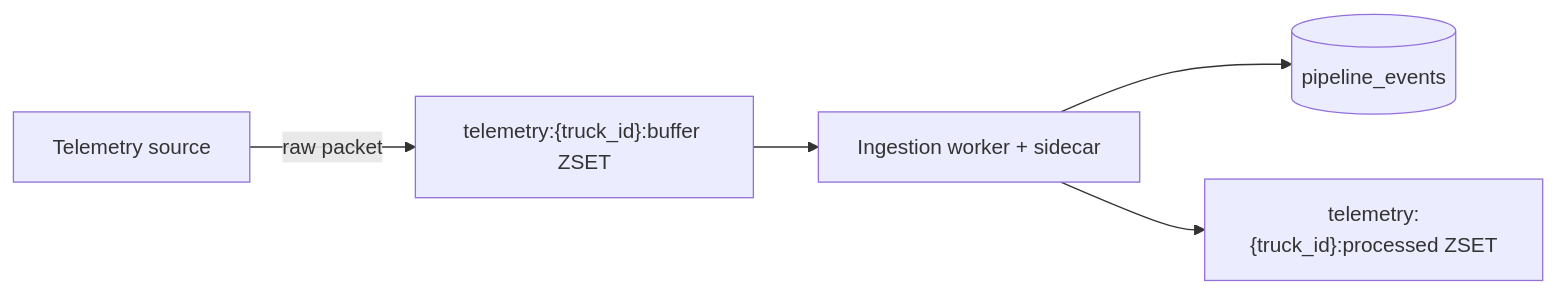
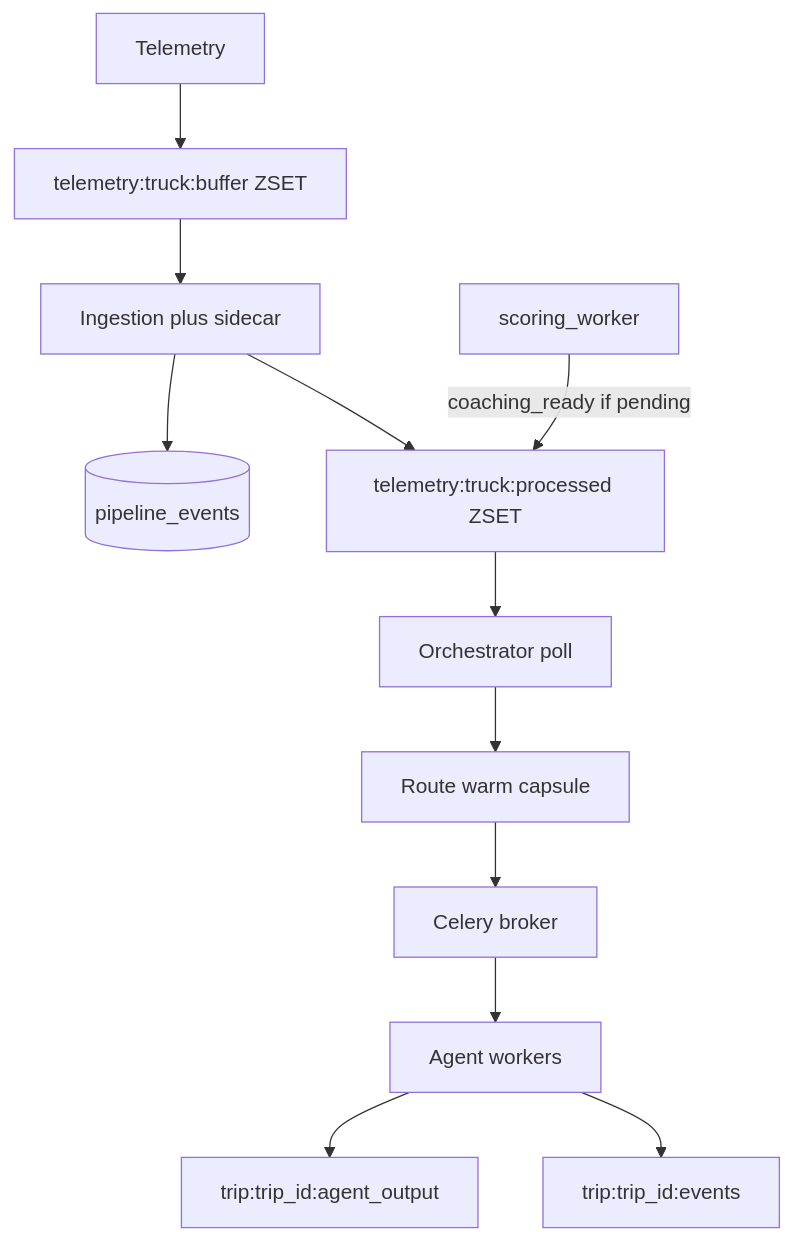
One commit to tracedata-ai/tracedata-ai-monorepo changed the second of 3 diagrams in README.md. Above: the diagram before and after it, drawn with Mermaid. The commit also changed other lines of this file and 2 other files, not shown here.

````diff
--- a/README.md
+++ b/README.md
@@ -110,13 +67,14 @@
 ```mermaid
-flowchart LR
-  DEV[Telemetry source]
-  BUF["telemetry:{truck_id}:buffer ZSET"]
-  ING[Ingestion worker + sidecar]
-  PG[(pipeline_events)]
-  PROC["telemetry:{truck_id}:processed ZSET"]
-
-  DEV -->|raw packet| BUF
-  BUF --> ING
-  ING --> PG
-  ING --> PROC
+flowchart TB
+  DEV[Telemetry] --> BUF[telemetry:truck:buffer ZSET]
+  BUF --> ING[Ingestion plus sidecar]
+  ING --> PG[(pipeline_events)]
+  ING --> PROC[telemetry:truck:processed ZSET]
+  PROC --> ORC[Orchestrator poll]
+  ORC --> RTE[Route warm capsule]
+  RTE --> CEL[Celery broker]
+  CEL --> W[Agent workers]
+  W --> OUT["trip:trip_id:agent_output"]
+  W --> EVT["trip:trip_id:events"]
+  SCO[scoring_worker] -->|coaching_ready if pending| PROC
 ```
````
